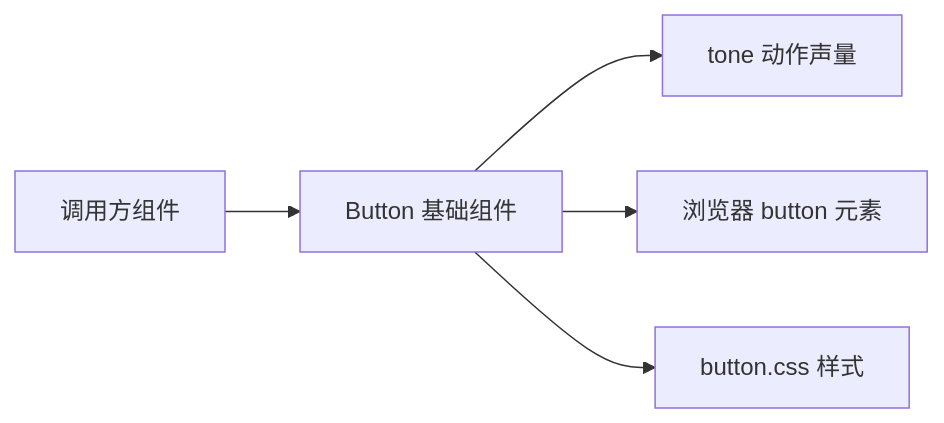
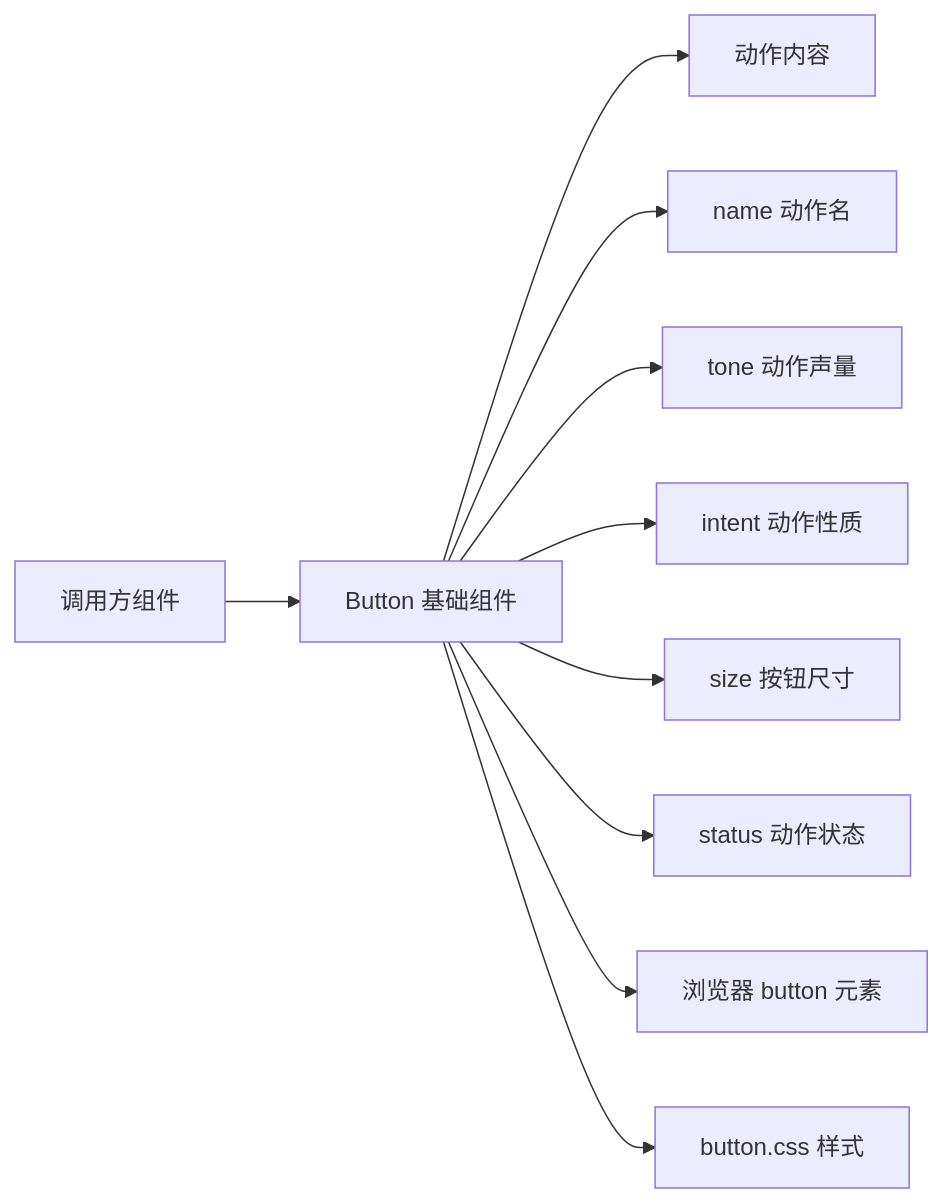
Before and after one commit to edsolater/uikit: the diagram in docs/features/Button基础组件_业务说明.md, drawn with Mermaid. The commit also changed other lines of this file and 12 other files, not shown here.

````diff
--- a/docs/features/Button基础组件_业务说明.md
+++ b/docs/features/Button基础组件_业务说明.md
@@ -27,13 +50,23 @@
 ```mermaid
 flowchart LR
   Caller[调用方组件]
   Button[Button 基础组件]
+  Content[动作内容]
+  Name[name 动作名]
   Tone[tone 动作声量]
+  Intent[intent 动作性质]
+  Size[size 按钮尺寸]
+  Status[status 动作状态]
   Native[浏览器 button 元素]
   Style[button.css 样式]
 
   Caller --> Button
+  Button --> Content
+  Button --> Name
   Button --> Tone
+  Button --> Intent
+  Button --> Size
+  Button --> Status
   Button --> Native
   Button --> Style
 ```
````
